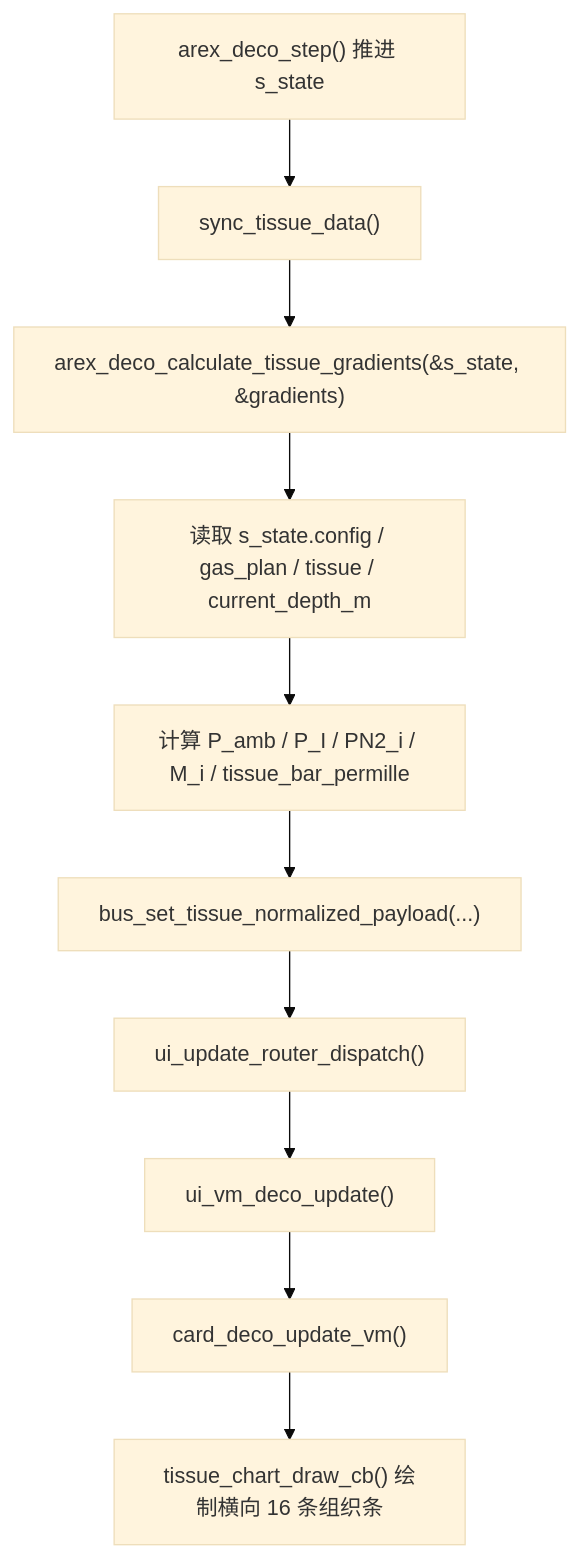
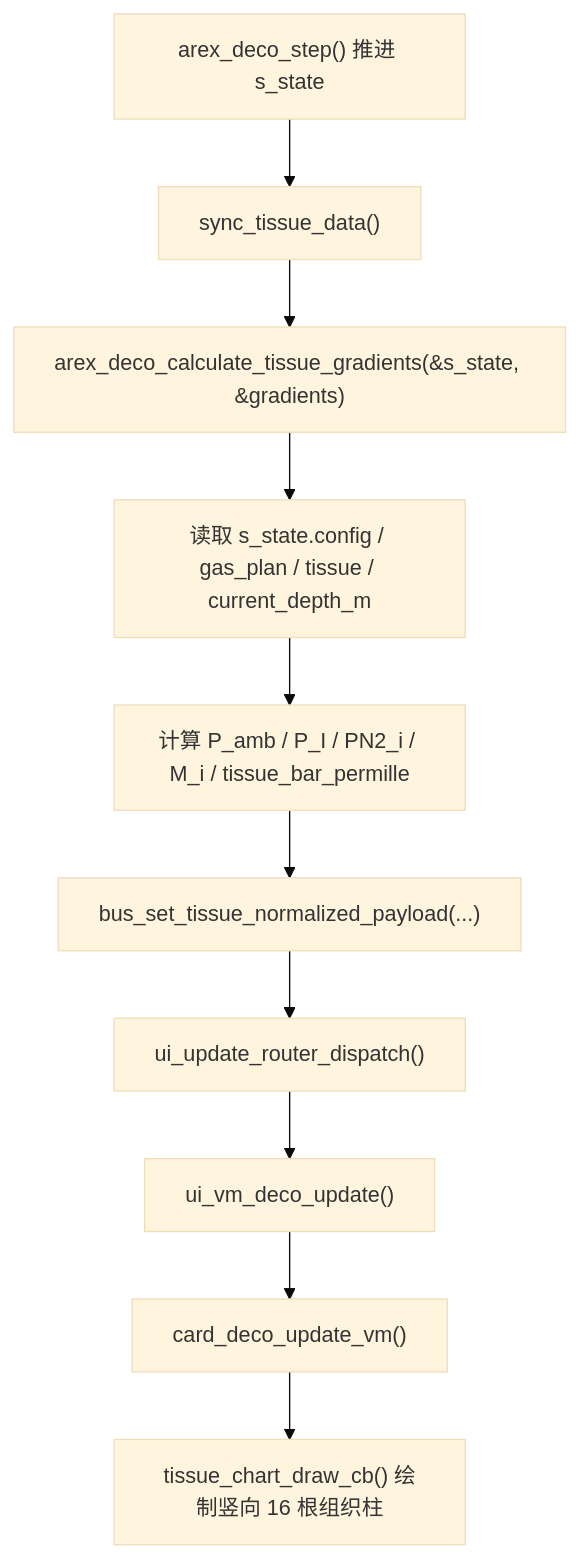
Before and after one commit to arexvision/lv_port_win_codeblocks-release-v8.3_hasGroup: the diagram in UI_html_DOC/16组织仓归一化视图计算说明.md, drawn with Mermaid (base theme). The commit also changed other lines of this file and 3 other files, not shown here.

Commit message:
调整组织图为竖向归一化显示

````diff
--- a/UI_html_DOC/16组织仓归一化视图计算说明.md
+++ b/UI_html_DOC/16组织仓归一化视图计算说明.md
@@ -30,12 +30,12 @@
 ```mermaid
 flowchart TD
     A["arex_deco_step() 推进 s_state"] --> B["sync_tissue_data()"]
     B --> C["arex_deco_calculate_tissue_gradients(&s_state, &gradients)"]
     C --> D["读取 s_state.config / gas_plan / tissue / current_depth_m"]
     D --> E["计算 P_amb / P_I / PN2_i / M_i / tissue_bar_permille"]
     E --> F["bus_set_tissue_normalized_payload(...)"]
     F --> G["ui_update_router_dispatch()"]
     G --> H["ui_vm_deco_update()"]
     H --> I["card_deco_update_vm()"]
-    I --> J["tissue_chart_draw_cb() 绘制横向 16 条组织条"]
+    I --> J["tissue_chart_draw_cb() 绘制竖向 16 根组织柱"]
 ```
````
